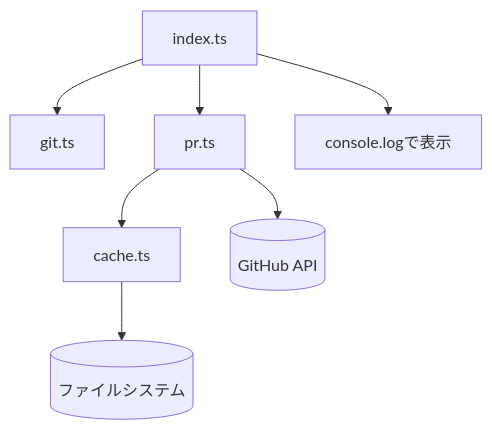
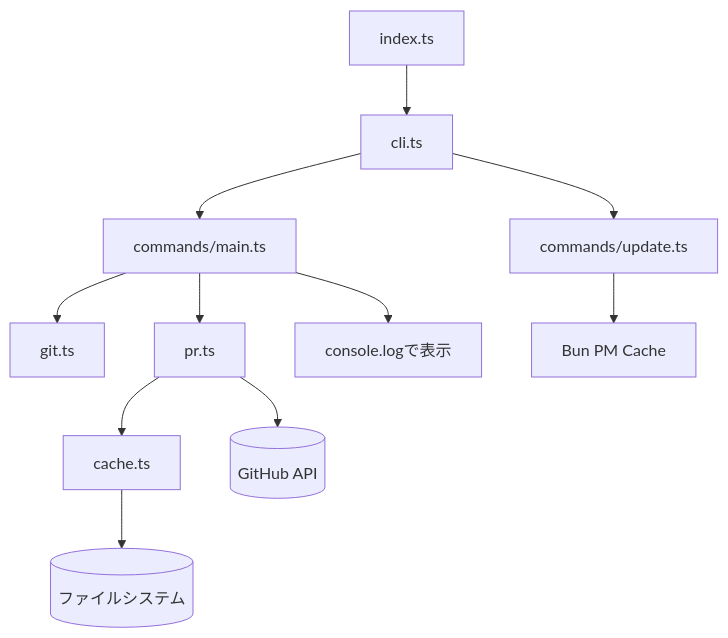
The diagram in README.md (miyaoka/github-pr-info), drawn with Mermaid before and after one commit. The commit also changed other lines of this file, not shown here.

````diff
--- a/README.md
+++ b/README.md
@@ -79,9 +93,13 @@
 ```mermaid
 graph TD
-    index[index.ts] --> git[git.ts]
-    index --> pr[pr.ts]
+    index[index.ts] --> cli[cli.ts]
+    cli --> main[commands/main.ts]
+    cli --> update[commands/update.ts]
+    main --> git[git.ts]
+    main --> pr[pr.ts]
     pr --> cache[cache.ts]
     cache --> fs[(ファイルシステム)]
     pr --> github[(GitHub API)]
-    index --> output[console.logで表示]
+    main --> output[console.logで表示]
+    update --> bun[Bun PM Cache]
 ```
````
